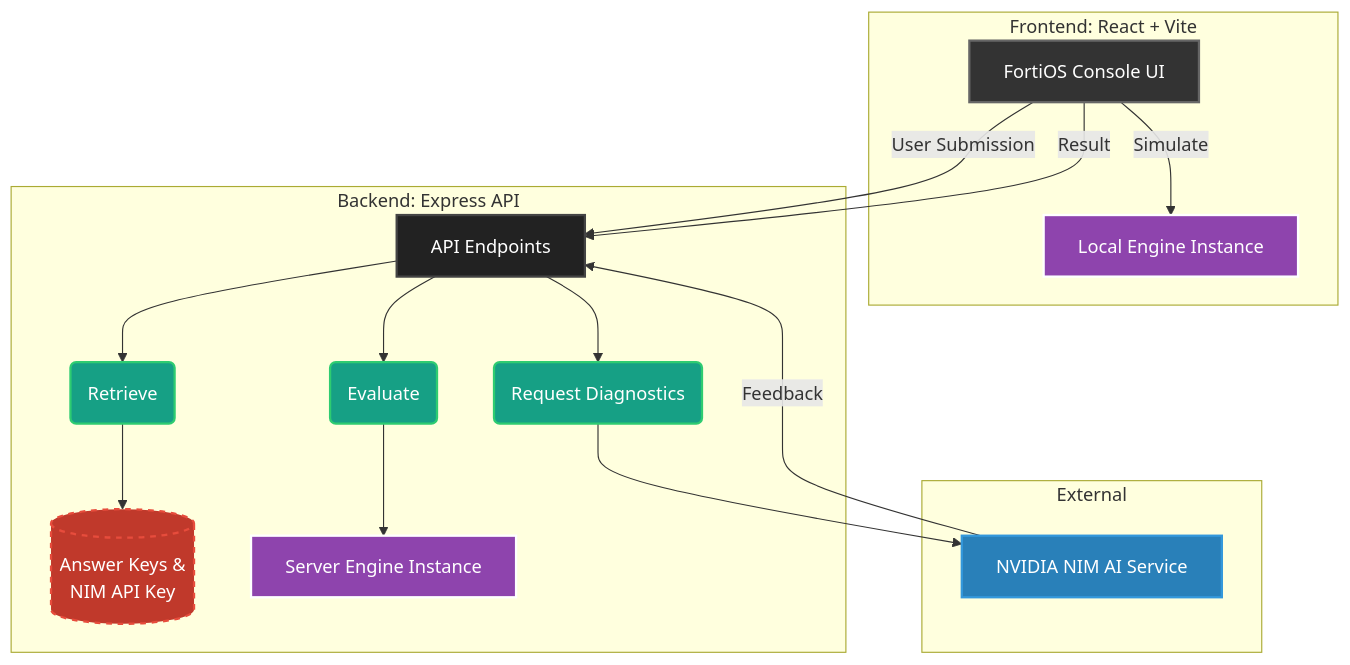
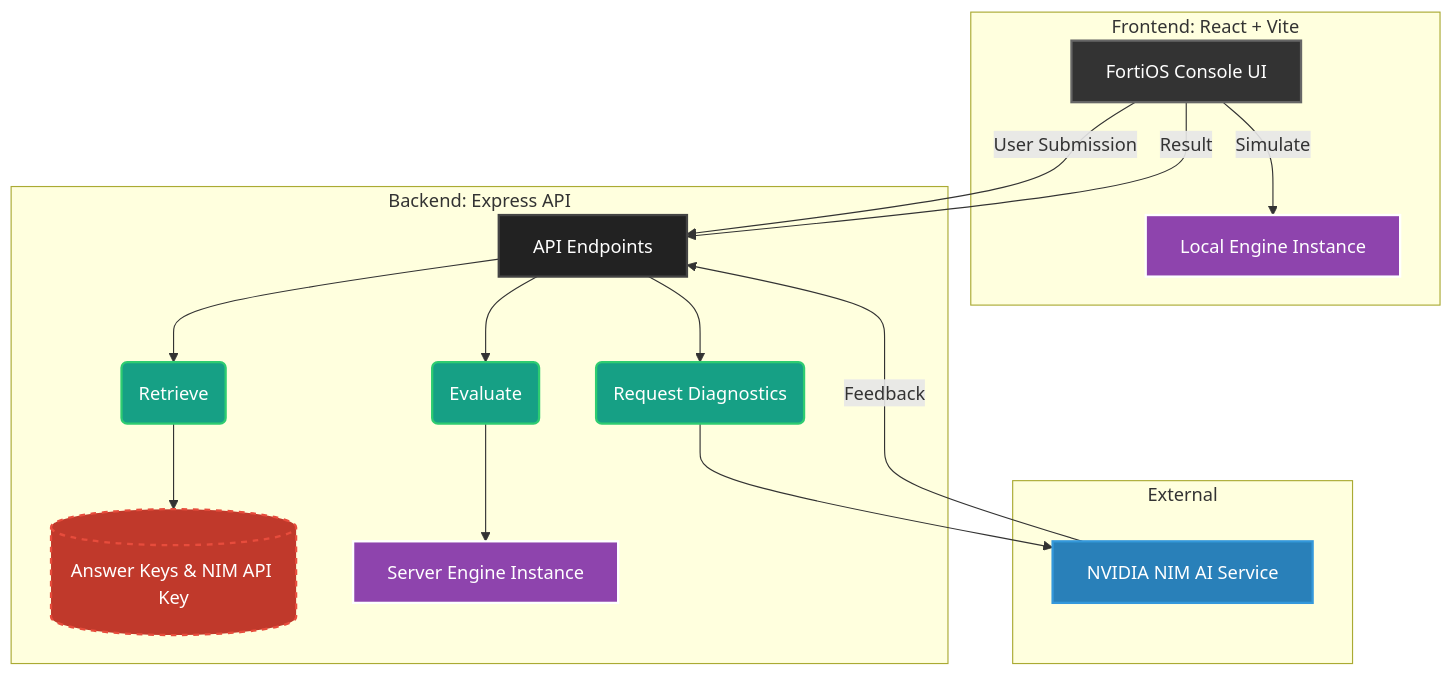
Before and after one commit to KADHIRAVANEG/FLAMES: the diagram in README.md, drawn with Mermaid.

Commit message:
Refine flowchart in README.md
Removed redundant comment and updated text in flowchart.

````diff
--- a/README.md
+++ b/README.md
@@ -57,43 +57,40 @@
 ```mermaid
 flowchart TB
-    %% Styling Definitions
     classDef frontend fill:#333,stroke:#666,stroke-width:2px,color:#fff;
     classDef backend fill:#222,stroke:#444,stroke-width:2px,color:#fff;
     classDef engine fill:#8e44ad,stroke:#fff,stroke-width:2px,color:#fff;
     classDef keys fill:#c0392b,stroke:#e74c3c,stroke-width:2px,color:#fff,stroke-dasharray: 5 5;
     classDef external fill:#2980b9,stroke:#3498db,stroke-width:2px,color:#fff;
     classDef process fill:#16a085,stroke:#2ecc71,stroke-width:2px,color:#fff;
 
     subgraph FE [Frontend: React + Vite]
         UI[FortiOS Console UI]:::frontend
         LocEng[Local Engine Instance]:::engine
     end
 
     subgraph BE [Backend: Express API]
         API[API Endpoints]:::backend
         Eval(Evaluate):::process
         Ret(Retrieve):::process
         Diag(Request Diagnostics):::process
-        Key[(Answer Keys &<br/>NIM API Key)]:::keys
+        Key[(Answer Keys & NIM API Key)]:::keys
         ServEng[Server Engine Instance]:::engine
     end
 
     subgraph EXT [External]
         NIM[NVIDIA NIM AI Service]:::external
     end
 
-    %% Flow Connections
     UI -- User Submission --> API
     UI -- Simulate --> LocEng
     UI -- Result --> API
     
     API --> Eval
     API --> Ret
     API --> Diag
     
     Eval --> ServEng
     Ret --> Key
     Diag --> NIM
     NIM -- Feedback --> API
-
 ```
````
